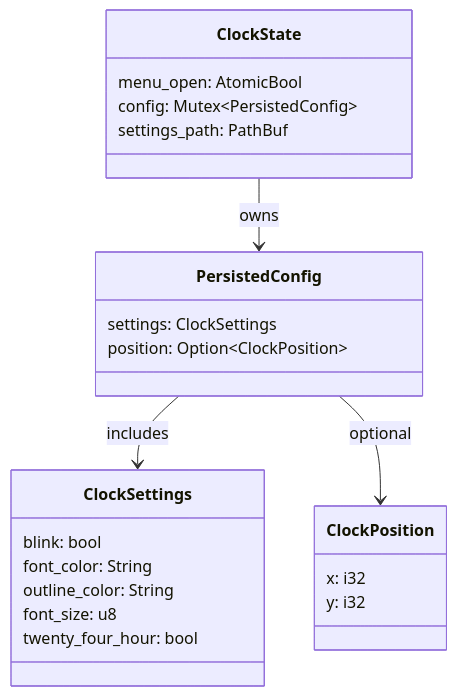
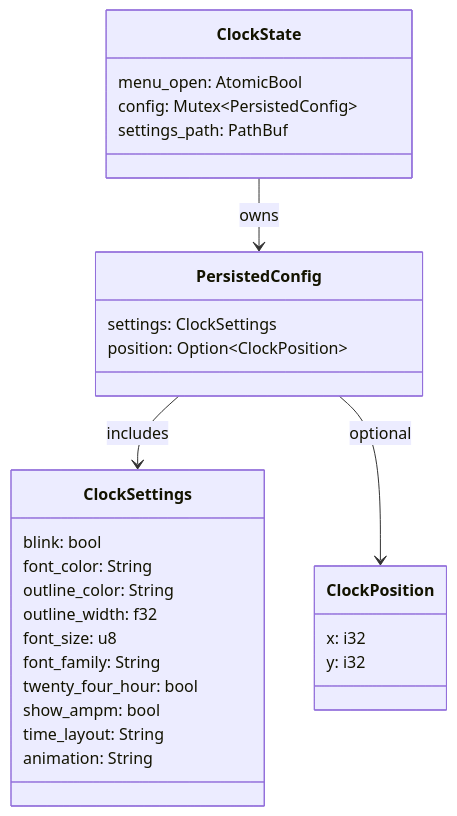
The first of 2 diagrams in src-tauri/src/doc/workflow_diagram.md (tbkmax/TopClock), drawn with Mermaid before and after one commit. The commit also changed other lines of this file and 30 other files, not shown here.

````diff
--- a/src-tauri/src/doc/workflow_diagram.md
+++ b/src-tauri/src/doc/workflow_diagram.md
@@ -5,26 +5,31 @@
 ```mermaid
 classDiagram
     class ClockState {
       menu_open: AtomicBool
       config: Mutex~PersistedConfig~
       settings_path: PathBuf
     }
     class PersistedConfig {
       settings: ClockSettings
       position: Option~ClockPosition~
     }
     class ClockSettings {
       blink: bool
       font_color: String
       outline_color: String
+      outline_width: f32
       font_size: u8
+      font_family: String
       twenty_four_hour: bool
+      show_ampm: bool
+      time_layout: String
+      animation: String
     }
     class ClockPosition {
       x: i32
       y: i32
     }
     ClockState --> PersistedConfig : owns
     PersistedConfig --> ClockSettings : includes
     PersistedConfig --> ClockPosition : optional
 ```
````
